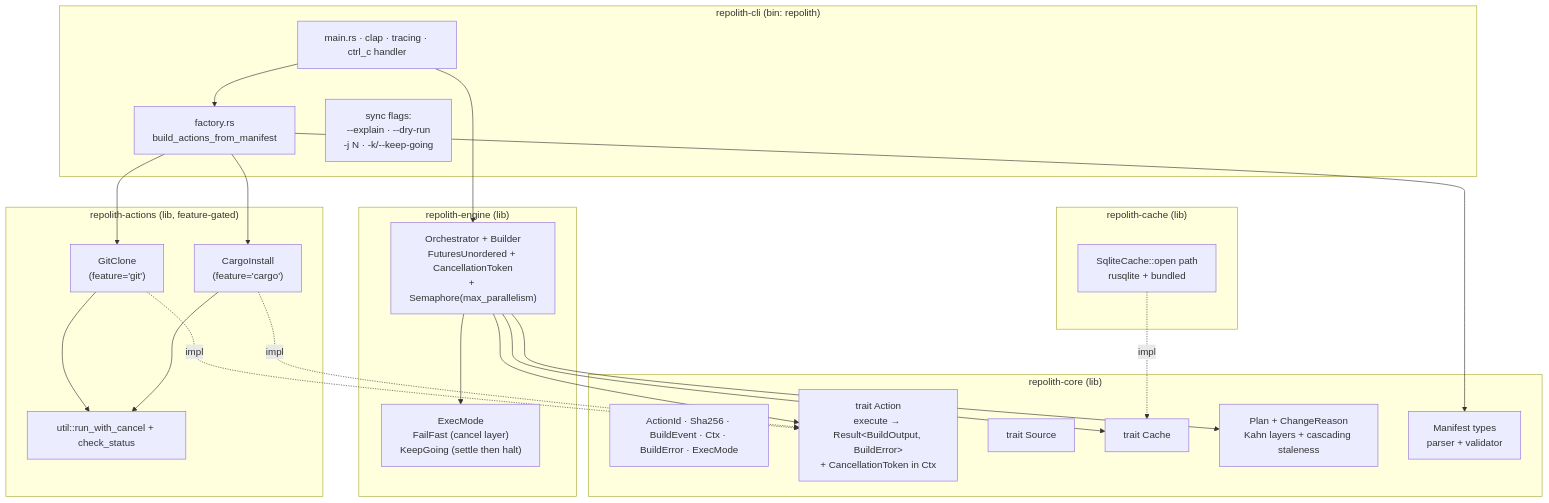
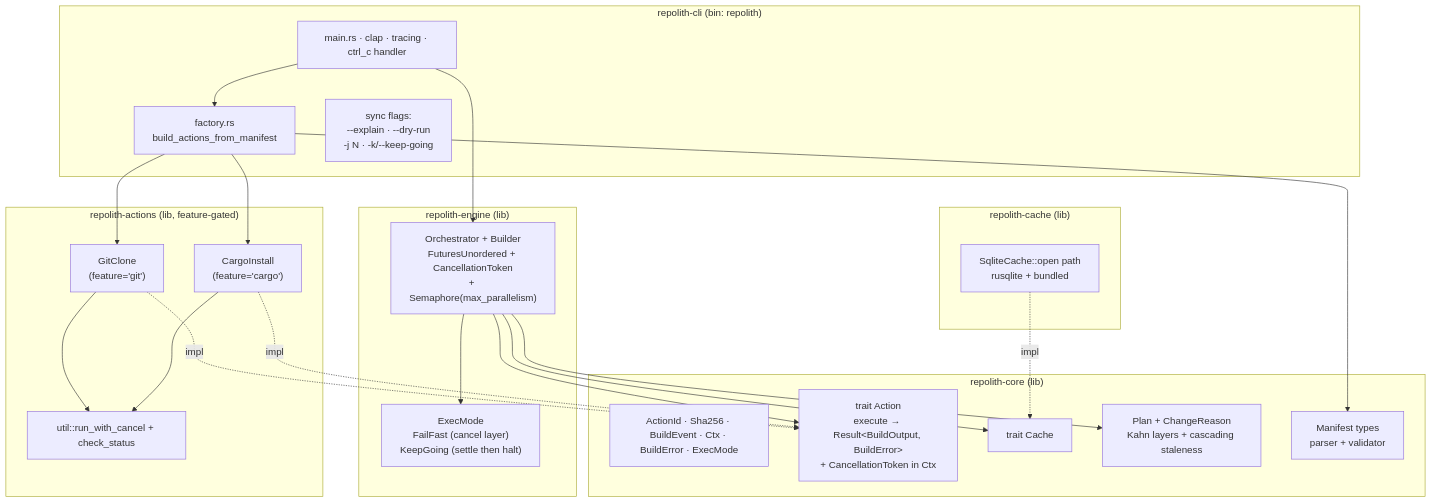
Before and after one commit to anatta-rs/repolith: the first of 3 diagrams in ARCHITECTURE.md, drawn with Mermaid. The commit also changed 13 other files, not shown here.

````diff
--- a/ARCHITECTURE.md
+++ b/ARCHITECTURE.md
@@ -11,47 +11,46 @@
 ```mermaid
 graph TD
     subgraph CORE["repolith-core (lib)"]
         T_TYPES[ActionId · Sha256 · BuildEvent · Ctx · BuildError · ExecMode]
         T_ACT["trait Action<br/>execute → Result&lt;BuildOutput, BuildError&gt;<br/>+ CancellationToken in Ctx"]
-        T_SRC[trait Source]
         T_CACHE[trait Cache]
         P_PLAN[Plan + ChangeReason<br/>Kahn layers + cascading staleness]
         T_MAN[Manifest types<br/>parser + validator]
     end
 
     subgraph CACHE["repolith-cache (lib)"]
         SQL[SqliteCache::open path<br/>rusqlite + bundled]
     end
 
     subgraph ENGINE["repolith-engine (lib)"]
         T_ORCH["Orchestrator + Builder<br/>FuturesUnordered + CancellationToken<br/>+ Semaphore(max_parallelism)"]
         EM["ExecMode<br/>FailFast (cancel layer)<br/>KeepGoing (settle then halt)"]
     end
 
     subgraph ACTIONS["repolith-actions (lib, feature-gated)"]
         F_GIT["GitClone<br/>(feature='git')"]
         F_CARGO["CargoInstall<br/>(feature='cargo')"]
         UTIL[util::run_with_cancel + check_status]
     end
 
     subgraph CLI["repolith-cli (bin: repolith)"]
         BIN[main.rs · clap · tracing · ctrl_c handler]
         FACT[factory.rs<br/>build_actions_from_manifest]
         FLAGS["sync flags:<br/>--explain · --dry-run<br/>-j N · -k/--keep-going"]
     end
 
     SQL -.impl.-> T_CACHE
     F_GIT -.impl.-> T_ACT
     F_CARGO -.impl.-> T_ACT
     F_GIT --> UTIL
     F_CARGO --> UTIL
     T_ORCH --> P_PLAN
     T_ORCH --> EM
     T_ORCH --> T_CACHE
     T_ORCH --> T_ACT
     BIN --> T_ORCH
     BIN --> FACT
     FACT --> F_GIT
     FACT --> F_CARGO
     FACT --> T_MAN
 ```
````
